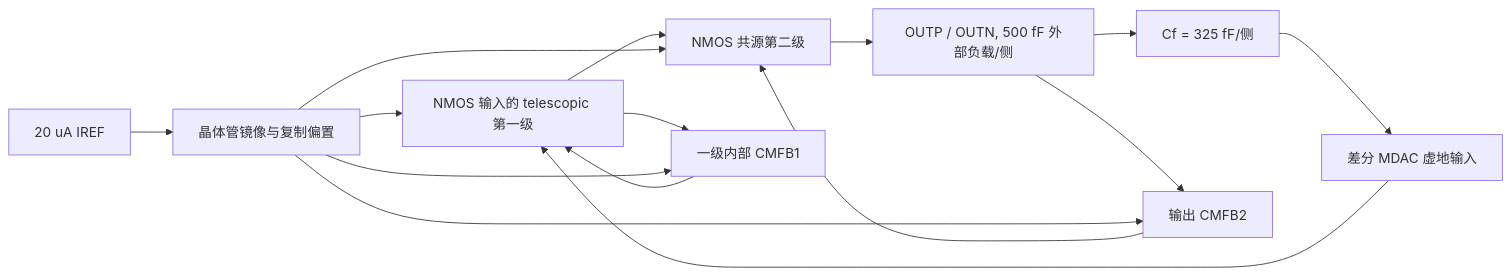
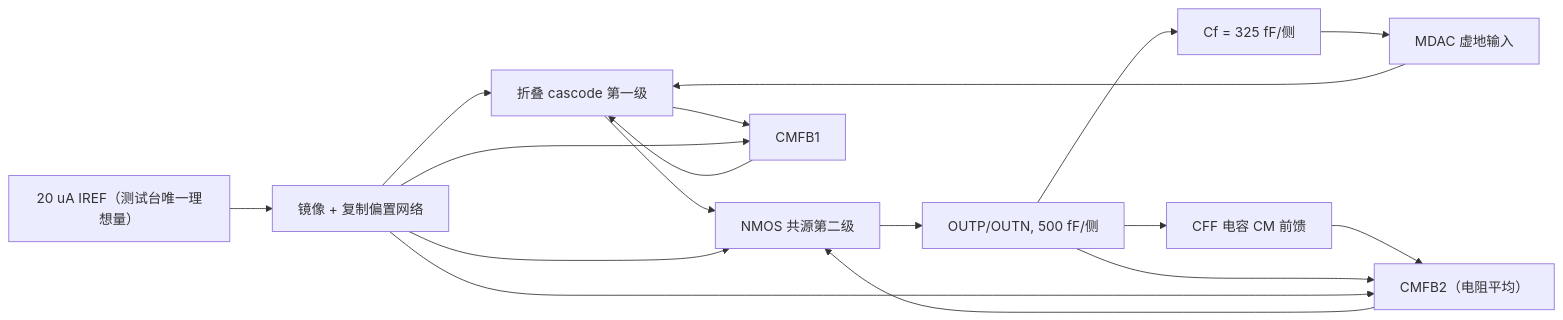
The diagram in docs/tsmc28_mdac_ota_design.md (751K/circuit-optimization-lab), drawn with Mermaid before and after one commit. The commit also changed other lines of this file, not shown here.

First line of the commit message:
MDAC OTA deliverable: derivation, 45-point PVT, FOM, worst-corner root cause

````diff
--- a/docs/tsmc28_mdac_ota_design.md
+++ b/docs/tsmc28_mdac_ota_design.md
@@ -64,14 +76,12 @@
 ```mermaid
 flowchart LR
-  IREF["20 uA IREF"] --> BIAS["晶体管镜像与复制偏置"]
-  IN["差分 MDAC 虚地输入"] --> S1["NMOS 输入的 telescopic 第一级"]
+  IREF["20 uA IREF（测试台唯一理想量）"] --> BIAS["镜像 + 复制偏置网络"]
+  IN["MDAC 虚地输入"] --> S1["折叠 cascode 第一级"]
   S1 --> S2["NMOS 共源第二级"]
-  S2 --> OUT["OUTP / OUTN, 500 fF 外部负载/侧"]
+  S2 --> OUT["OUTP/OUTN, 500 fF/侧"]
   OUT --> CF["Cf = 325 fF/侧"] --> IN
-  OUT --> CM2["输出 CMFB2"] --> S2
-  S1 --> CM1["一级内部 CMFB1"] --> S1
-  BIAS --> S1
-  BIAS --> S2
-  BIAS --> CM1
-  BIAS --> CM2
+  OUT --> CFFB["CFF 电容 CM 前馈"] --> CM2
+  OUT --> CM2["CMFB2（电阻平均）"] --> S2
+  S1 --> CM1["CMFB1"] --> S1
+  BIAS --> S1 & S2 & CM1 & CM2
 ```
````
